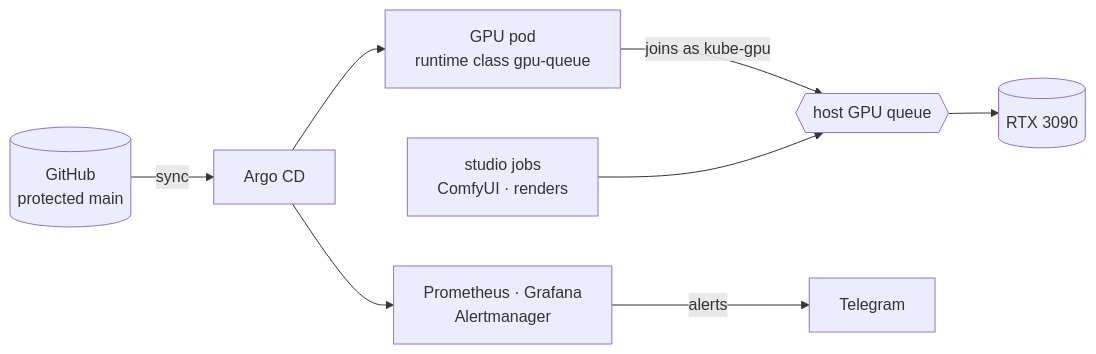
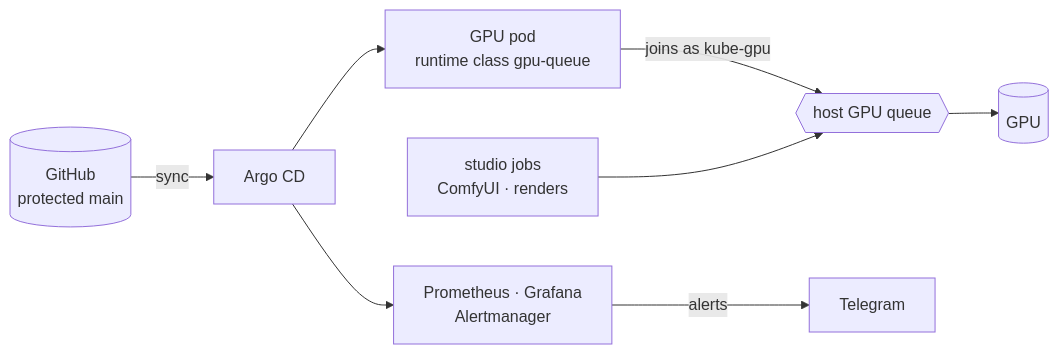
One commit to vbuyan/gpu-platform changed the diagram in README.md. Above: the diagram before and after it, drawn with Mermaid. The commit also changed other lines of this file and 14 other files, not shown here.

````diff
--- a/README.md
+++ b/README.md
@@ -34,10 +34,10 @@
 ```mermaid
 flowchart LR
   git[(GitHub<br/>protected main)] -->|sync| argo[Argo CD]
   argo --> mon[Prometheus · Grafana<br/>Alertmanager]
   argo --> job[GPU pod<br/>runtime class gpu-queue]
   job -->|joins as kube-gpu| q{{host GPU queue}}
   studio[studio jobs<br/>ComfyUI · renders] --> q
-  q --> gpu[(RTX 3090)]
+  q --> gpu[(GPU)]
   mon -->|alerts| tg[Telegram]
 ```
````
